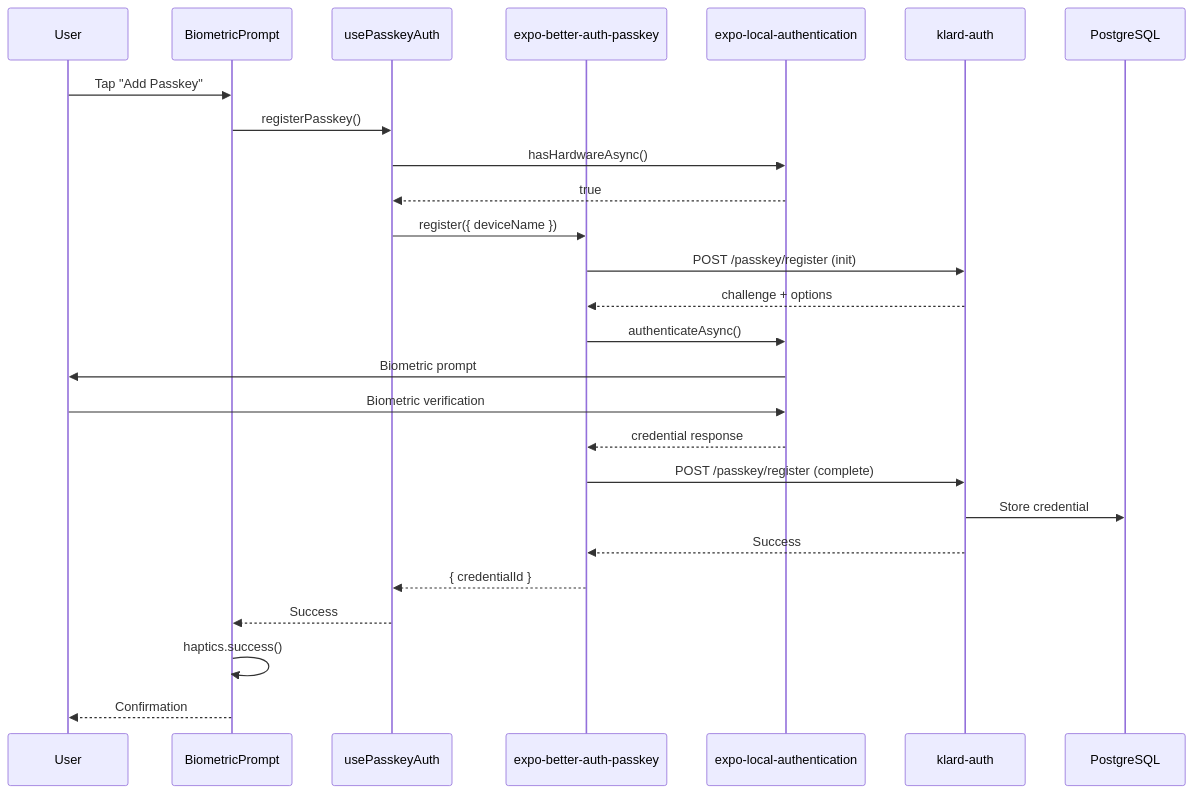
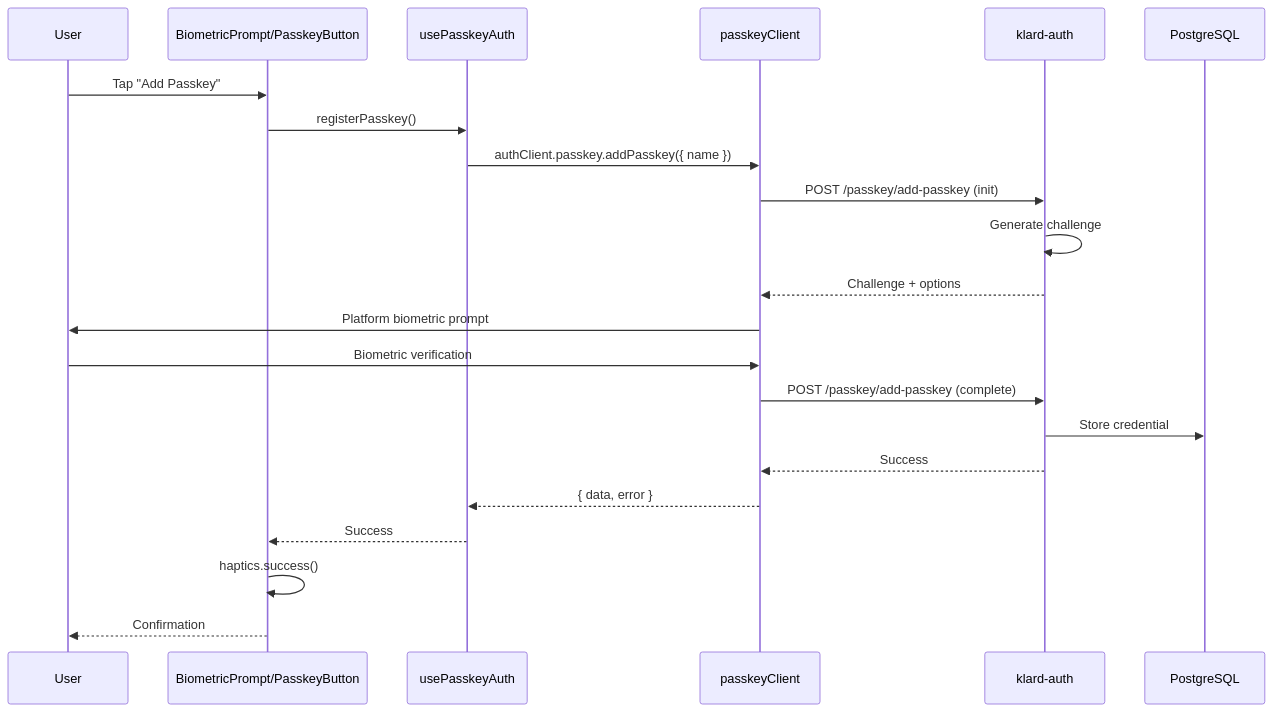
Before and after one commit to drcraig20/klard-apps: the third of 5 diagrams in docs/agile/architecture/2025-12-16-passkey-auth-arch.md, drawn with Mermaid. The commit also changed other lines of this file and 7 other files, not shown here.

First line of the commit message:
refactor(agile): rename feature to passkey-auth with web+mobile scope

````diff
--- a/docs/agile/architecture/2025-12-16-passkey-auth-arch.md
+++ b/docs/agile/architecture/2025-12-16-passkey-auth-arch.md
@@ -131,29 +156,25 @@
 ```mermaid
 sequenceDiagram
     participant U as User
-    participant BP as BiometricPrompt
+    participant App as BiometricPrompt/PasskeyButton
     participant PA as usePasskeyAuth
-    participant EBP as expo-better-auth-passkey
-    participant ELA as expo-local-authentication
+    participant PC as passkeyClient
     participant A as klard-auth
     participant DB as PostgreSQL
 
-    U->>BP: Tap "Add Passkey"
-    BP->>PA: registerPasskey()
-    PA->>ELA: hasHardwareAsync()
-    ELA-->>PA: true
-    PA->>EBP: register({ deviceName })
-    EBP->>A: POST /passkey/register (init)
-    A-->>EBP: challenge + options
-    EBP->>ELA: authenticateAsync()
-    ELA->>U: Biometric prompt
-    U->>ELA: Biometric verification
-    ELA-->>EBP: credential response
-    EBP->>A: POST /passkey/register (complete)
+    U->>App: Tap "Add Passkey"
+    App->>PA: registerPasskey()
+    PA->>PC: authClient.passkey.addPasskey({ name })
+    PC->>A: POST /passkey/add-passkey (init)
+    A->>A: Generate challenge
+    A-->>PC: Challenge + options
+    PC->>U: Platform biometric prompt
+    U->>PC: Biometric verification
+    PC->>A: POST /passkey/add-passkey (complete)
     A->>DB: Store credential
-    A-->>EBP: Success
-    EBP-->>PA: { credentialId }
-    PA-->>BP: Success
-    BP->>BP: haptics.success()
-    BP-->>U: Confirmation
+    A-->>PC: Success
+    PC-->>PA: { data, error }
+    PA-->>App: Success
+    App->>App: haptics.success()
+    App-->>U: Confirmation
 ```
````
